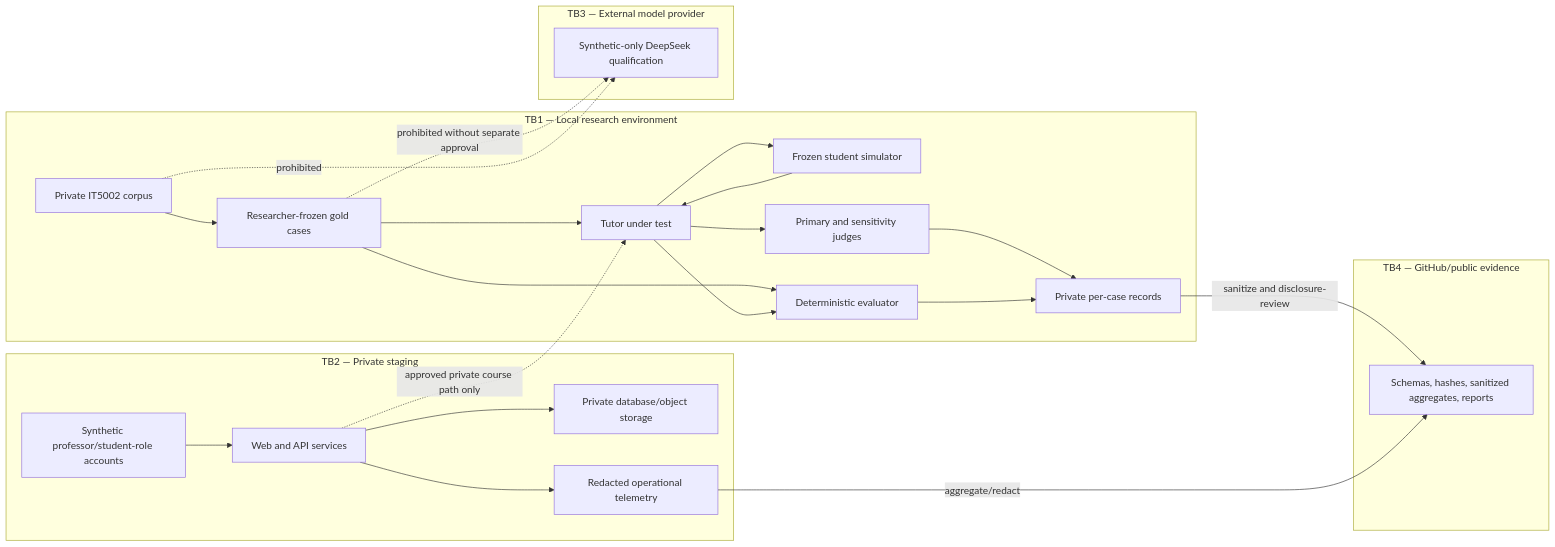
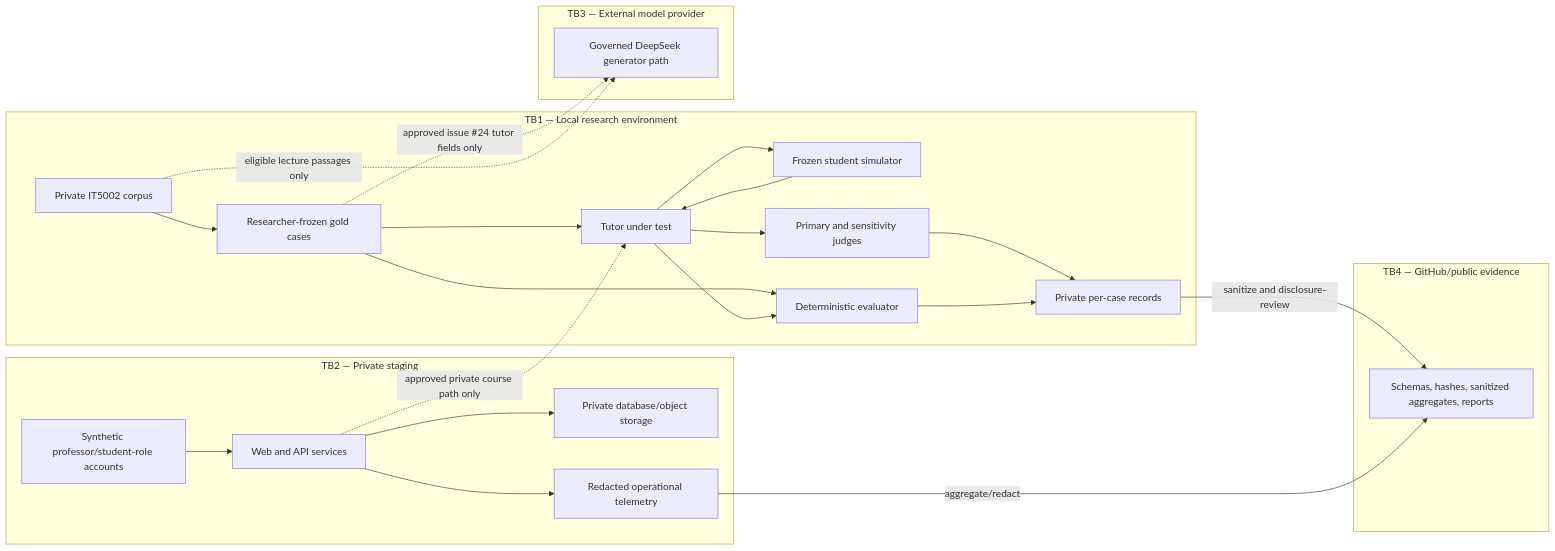
One commit to horiiiiii032929/digital-twin changed the diagram in docs/evaluation-data-flow-and-threat-model.md. Above: the diagram before and after it, drawn with Mermaid. The commit also changed other lines of this file and 25 other files, not shown here.

````diff
--- a/docs/evaluation-data-flow-and-threat-model.md
+++ b/docs/evaluation-data-flow-and-threat-model.md
@@ -40,47 +40,47 @@
 ```mermaid
 flowchart LR
     subgraph L["TB1 — Local research environment"]
         P["Private IT5002 corpus"]
         G["Researcher-frozen gold cases"]
         S["Frozen student simulator"]
         T["Tutor under test"]
         J["Primary and sensitivity judges"]
         D["Deterministic evaluator"]
         R["Private per-case records"]
     end
 
     subgraph ST["TB2 — Private staging"]
         A["Synthetic professor/student-role accounts"]
         W["Web and API services"]
         DB["Private database/object storage"]
         O["Redacted operational telemetry"]
     end
 
     subgraph E["TB3 — External model provider"]
-        X["Synthetic-only DeepSeek qualification"]
+        X["Governed DeepSeek generator path"]
     end
 
     subgraph GH["TB4 — GitHub/public evidence"]
         M["Schemas, hashes, sanitized aggregates, reports"]
     end
 
     P --> G
     G --> T
     G --> D
     S --> T
     T --> S
     T --> J
     T --> D
     J --> R
     D --> R
 
     A --> W
     W --> DB
     W --> O
     W -. "approved private course path only" .-> T
 
-    G -. "prohibited without separate approval" .-> X
-    P -. "prohibited" .-> X
+    G -. "approved issue #24 tutor fields only" .-> X
+    P -. "eligible lecture passages only" .-> X
     R -->|"sanitize and disclosure-review"| M
     O -->|"aggregate/redact"| M
 ```
````
